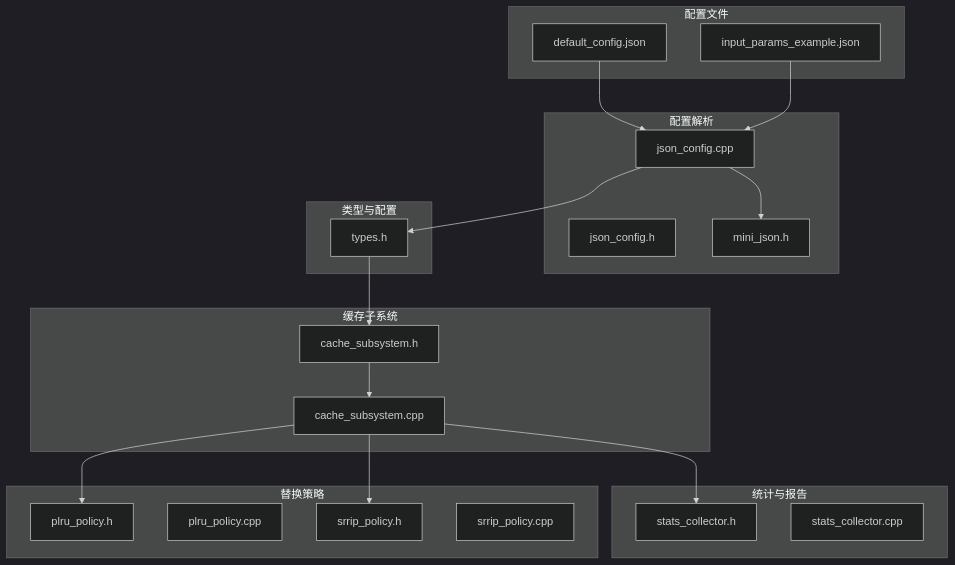
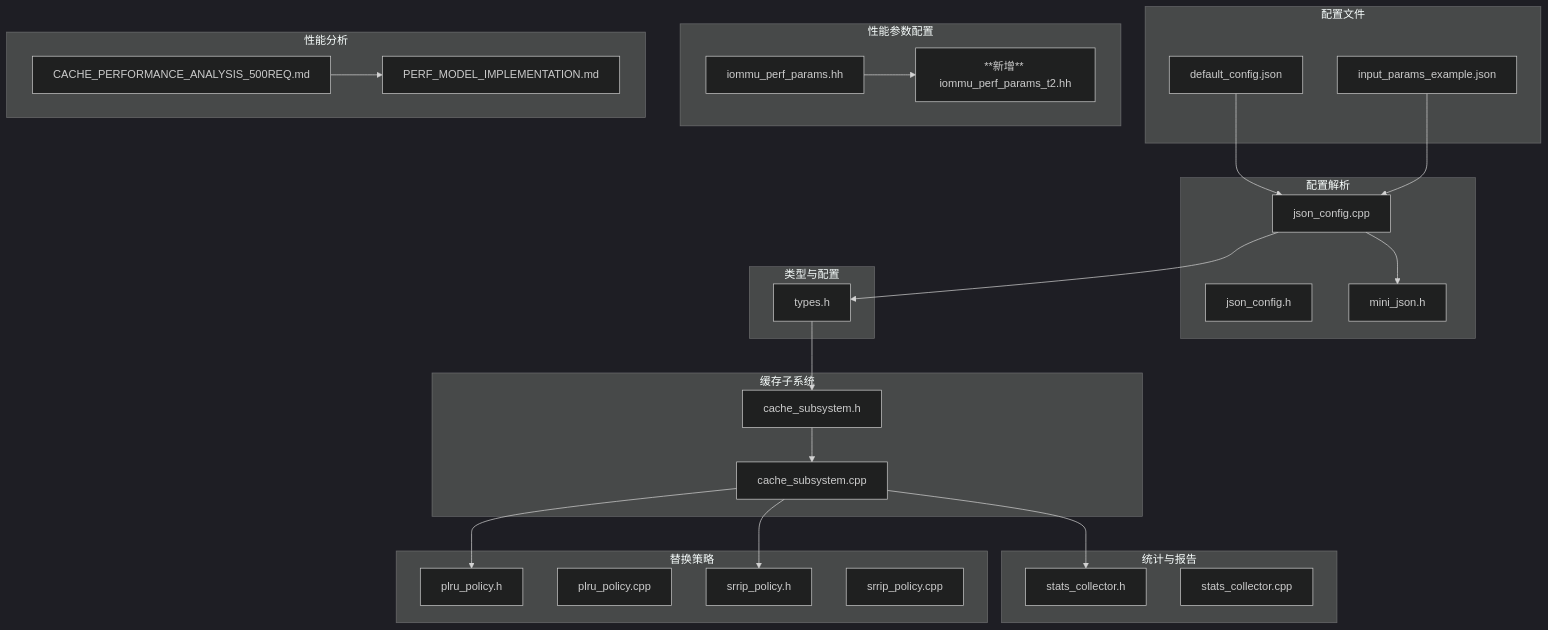
One commit to jiangjiang1122/iommu_model_20260401_v1 changed the first of 6 diagrams in .qoder/repowiki/zh/content/配置和参数管理.md. Above: the diagram before and after it, drawn with Mermaid (dark theme). The commit also changed other lines of this file and 72 other files, not shown here.

````diff
--- a/.qoder/repowiki/zh/content/配置和参数管理.md
+++ b/.qoder/repowiki/zh/content/配置和参数管理.md
@@ -45,38 +63,48 @@
 ```mermaid
 graph TB
 subgraph "配置文件"
 DCF["default_config.json"]
 IPE["input_params_example.json"]
+end
+subgraph "性能参数配置"
+PPH["iommu_perf_params.hh"]
+PPT2["**新增** iommu_perf_params_t2.hh"]
 end
 subgraph "配置解析"
 JCH["json_config.h"]
 JCC["json_config.cpp"]
 MJH["mini_json.h"]
 end
 subgraph "类型与配置"
 TYH["types.h"]
 end
 subgraph "缓存子系统"
 CSH["cache_subsystem.h"]
 CSC["cache_subsystem.cpp"]
 end
 subgraph "统计与报告"
 SCH["stats_collector.h"]
 SCC["stats_collector.cpp"]
 end
 subgraph "替换策略"
 PLH["plru_policy.h"]
 PLC["plru_policy.cpp"]
 SRH["srrip_policy.h"]
 SRC["srrip_policy.cpp"]
 end
+subgraph "性能分析"
+CPA["CACHE_PERFORMANCE_ANALYSIS_500REQ.md"]
+PMI["PERF_MODEL_IMPLEMENTATION.md"]
+end
 DCF --> JCC
 IPE --> JCC
+PPH --> PPT2
 JCC --> TYH
 TYH --> CSH
 CSH --> CSC
 CSC --> SCH
 CSC --> PLH
 CSC --> SRH
 JCC --> MJH
+CPA --> PMI
 ```
````
